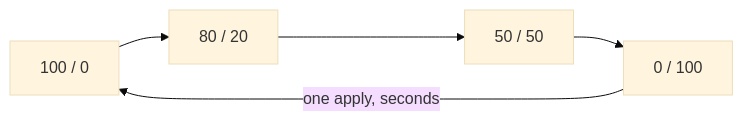
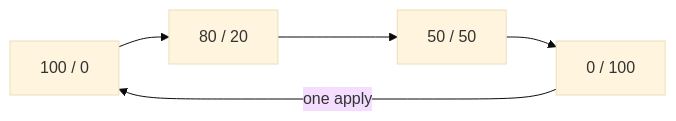
Before and after one commit to astrona-io/ATS014: the diagram in sections/section-020/module-01/course-02-running-a-rollout.md, drawn with Mermaid (base theme). The commit also changed other lines of this file and 813 other files, not shown here.

````diff
--- a/sections/section-020/module-01/course-02-running-a-rollout.md
+++ b/sections/section-020/module-01/course-02-running-a-rollout.md
@@ -109,7 +121,7 @@
 ```mermaid
 flowchart LR
     A["100 / 0"] --> B["80 / 20"]
     B --> C["50 / 50"]
     C --> D["0 / 100"]
-    D -->|"one apply, seconds"| A
+    D -->|"one apply"| A
 ```
````
